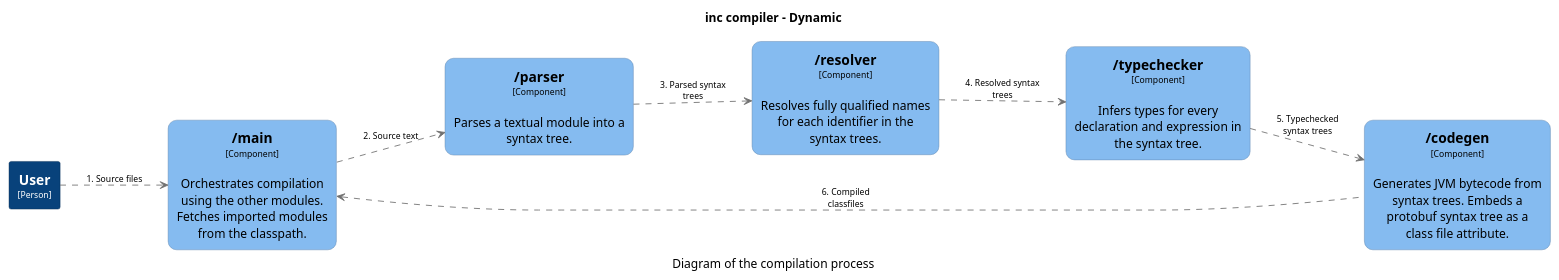
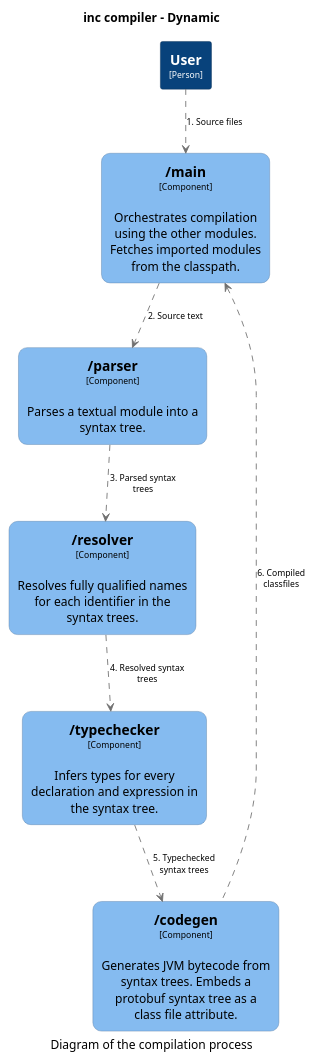
Before and after one commit to DavidGregory084/inc: the diagram in architecture/structurizr-Compilation.puml, drawn with PlantUML. The commit also changed 2 other files, not shown here.

Commit message:
Update diagram layout

```diff
--- a/architecture/structurizr-Compilation.puml
+++ b/architecture/structurizr-Compilation.puml
@@ -1,62 +1,63 @@
 @startuml(id=Compilation)
 title inc compiler - Dynamic
 caption Diagram of the compilation process
 
 skinparam {
   shadowing false
   arrowFontSize 10
   defaultTextAlignment center
   wrapWidth 200
   maxMessageSize 100
 }
 hide stereotype
+top to bottom direction
 skinparam rectangle<<1>> {
   BackgroundColor #08427b
   FontColor #ffffff
   BorderColor #052E56
 }
 skinparam rectangle<<6>> {
   BackgroundColor #85bbf0
   FontColor #000000
   BorderColor #5D82A8
   roundCorner 20
 }
 skinparam rectangle<<7>> {
   BackgroundColor #85bbf0
   FontColor #000000
   BorderColor #5D82A8
   roundCorner 20
 }
 skinparam rectangle<<8>> {
   BackgroundColor #85bbf0
   FontColor #000000
   BorderColor #5D82A8
   roundCorner 20
 }
 skinparam rectangle<<9>> {
   BackgroundColor #85bbf0
   FontColor #000000
   BorderColor #5D82A8
   roundCorner 20
 }
 skinparam rectangle<<10>> {
   BackgroundColor #85bbf0
   FontColor #000000
   BorderColor #5D82A8
   roundCorner 20
 }
-left to right direction
+top to bottom direction
 
 rectangle "==User\n<size:10>[Person]</size>" <<1>> as 1
 rectangle "==/main\n<size:10>[Component]</size>\n\nOrchestrates compilation using the other modules. Fetches imported modules from the classpath." <<10>> as 10
 rectangle "==/parser\n<size:10>[Component]</size>\n\nParses a textual module into a syntax tree." <<6>> as 6
 rectangle "==/resolver\n<size:10>[Component]</size>\n\nResolves fully qualified names for each identifier in the syntax trees." <<7>> as 7
 rectangle "==/typechecker\n<size:10>[Component]</size>\n\nInfers types for every declaration and expression in the syntax tree." <<8>> as 8
 rectangle "==/codegen\n<size:10>[Component]</size>\n\nGenerates JVM bytecode from syntax trees. Embeds a protobuf syntax tree as a class file attribute." <<9>> as 9
 1 .[#707070].> 10 : "1. Source files"
 10 .[#707070].> 6 : "2. Source text"
 6 .[#707070].> 7 : "3. Parsed syntax trees"
 7 .[#707070].> 8 : "4. Resolved syntax trees"
 8 .[#707070].> 9 : "5. Typechecked syntax trees"
 10 <.[#707070]. 9 : "6. Compiled classfiles"
 @enduml
```
